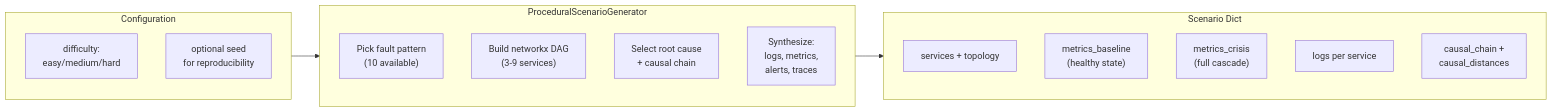
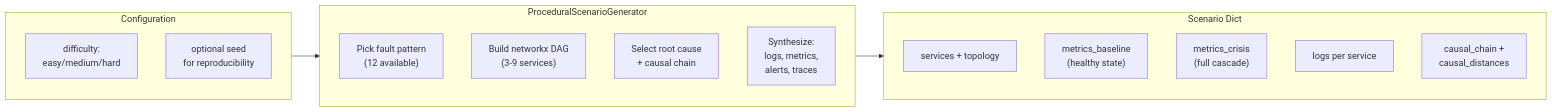
Before and after one commit to wildcraft958/incident_triage_env: the third of 7 diagrams in docs/ARCHITECTURE.md, drawn with Mermaid. The commit also changed other lines of this file and 3 other files, not shown here.

````diff
--- a/docs/ARCHITECTURE.md
+++ b/docs/ARCHITECTURE.md
@@ -73,25 +73,25 @@
 ```mermaid
 flowchart LR
     subgraph INPUT["Configuration"]
         DIFF["difficulty:\neasy/medium/hard"]
         SEED["optional seed\nfor reproducibility"]
     end
 
     subgraph GENERATOR["ProceduralScenarioGenerator"]
-        FP["Pick fault pattern\n(10 available)"]
+        FP["Pick fault pattern\n(12 available)"]
         TOPO["Build networkx DAG\n(3-9 services)"]
         RC["Select root cause\n+ causal chain"]
         SYNTH["Synthesize:\nlogs, metrics,\nalerts, traces"]
     end
 
     subgraph OUTPUT["Scenario Dict"]
         SVC["services + topology"]
         BASELINE["metrics_baseline\n(healthy state)"]
         CRISIS["metrics_crisis\n(full cascade)"]
         LOGS["logs per service"]
         CHAIN["causal_chain +\ncausal_distances"]
     end
 
     INPUT --> GENERATOR
     GENERATOR --> OUTPUT
 ```
````
